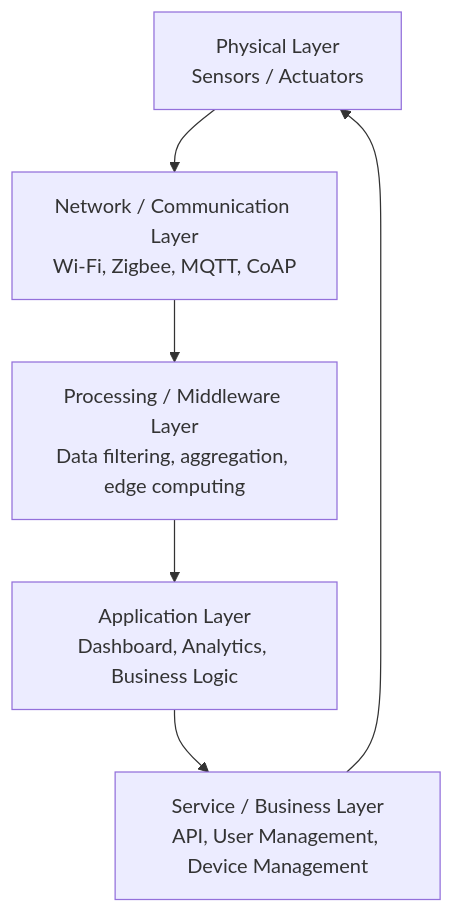
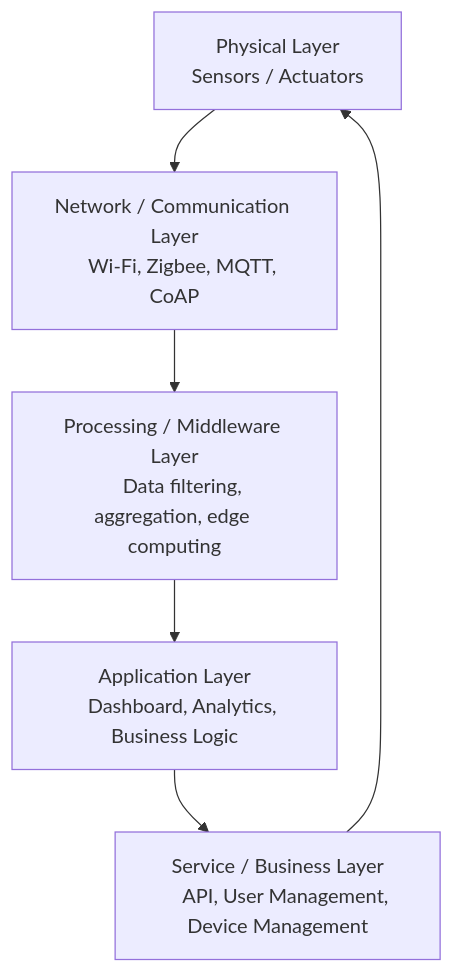
The first of 13 diagrams in Unofficial-QB/Unofficial-QB-Claude-Ans.md (lazgaming70/IOT-CIA-1), drawn with Mermaid before and after one commit. The commit also changed other lines of this file, not shown here.

Commit message:
Fixed mermaidjs newline syntax

````diff
--- a/Unofficial-QB/Unofficial-QB-Claude-Ans.md
+++ b/Unofficial-QB/Unofficial-QB-Claude-Ans.md
@@ -246,8 +246,13 @@
 ```mermaid
 flowchart TD
-    A[Physical Layer\nSensors / Actuators] --> B[Network / Communication Layer\nWi-Fi, Zigbee, MQTT, CoAP]
-    B --> C[Processing / Middleware Layer\nData filtering, aggregation, edge computing]
-    C --> D[Application Layer\nDashboard, Analytics, Business Logic]
-    D --> E[Service / Business Layer\nAPI, User Management, Device Management]
+    A[Physical Layer
+    Sensors / Actuators] --> B[Network / Communication Layer
+    Wi-Fi, Zigbee, MQTT, CoAP]
+    B --> C[Processing / Middleware Layer
+    Data filtering, aggregation, edge computing]
+    C --> D[Application Layer
+    Dashboard, Analytics, Business Logic]
+    D --> E[Service / Business Layer
+    API, User Management, Device Management]
     E --> A
 ```
````
